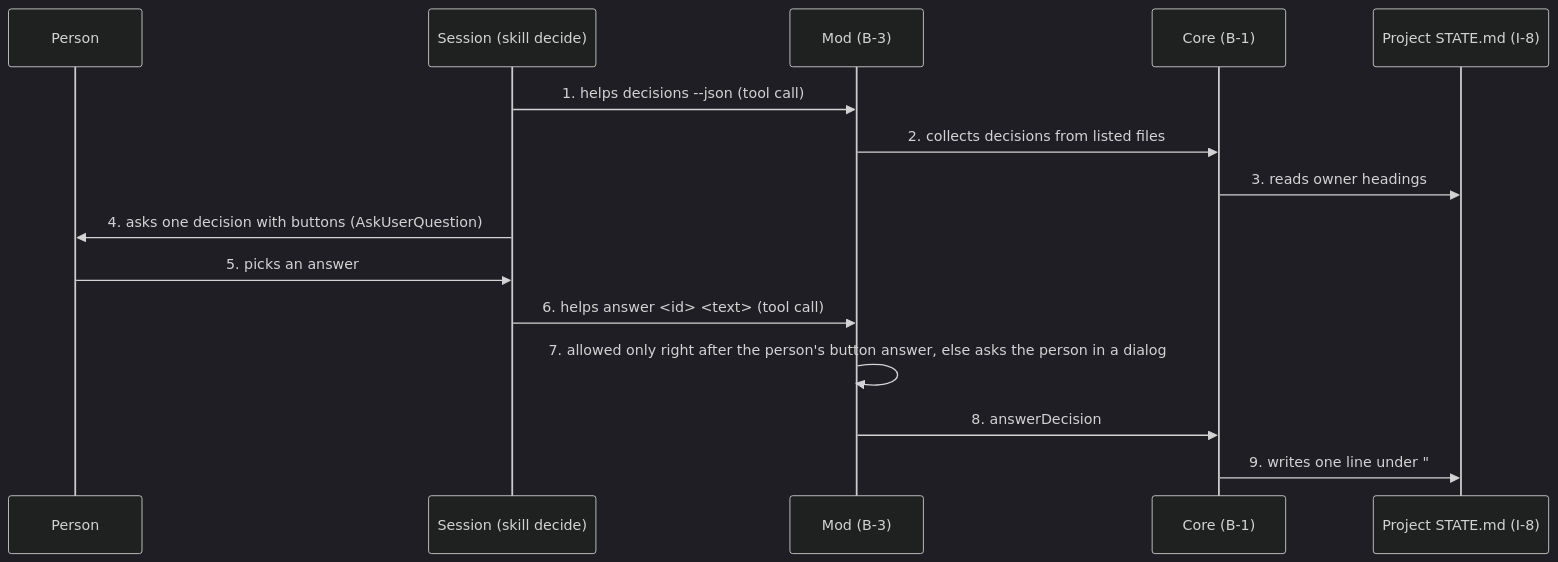
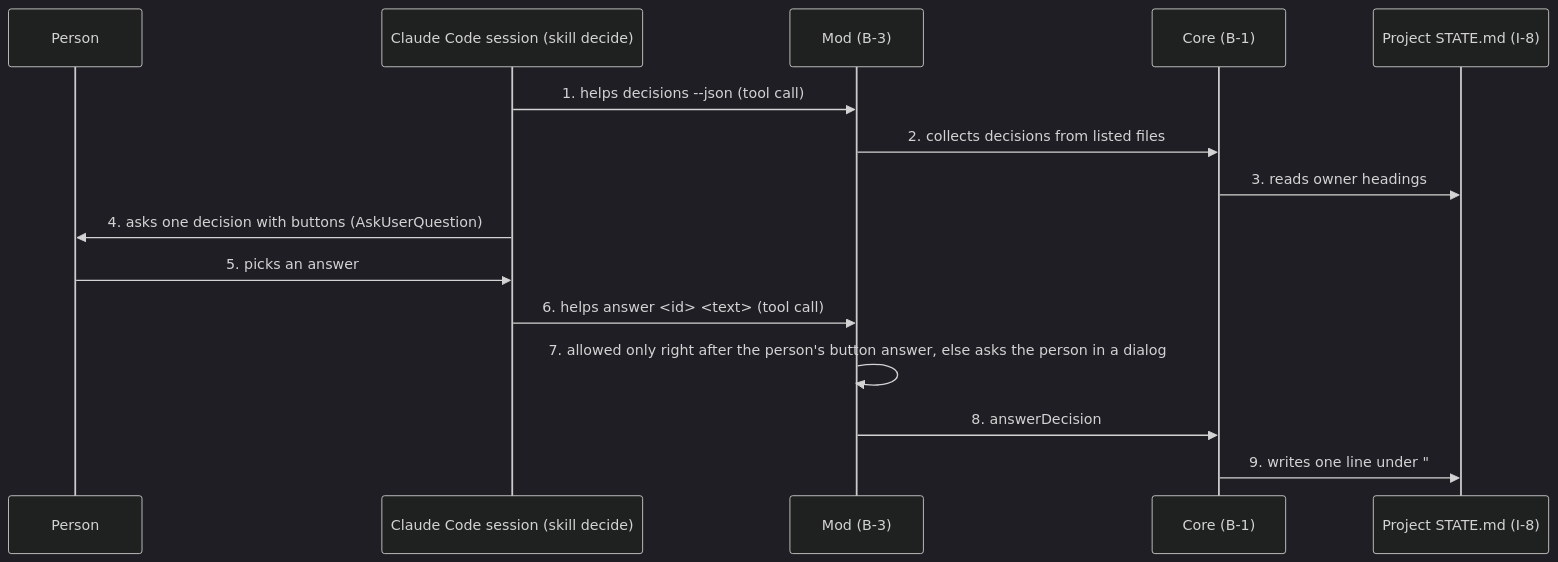
One commit to uaskpro/helps changed the fourth of 6 diagrams in project/BLUEPRINT.md. Above: the diagram before and after it, drawn with Mermaid (dark theme). The commit also changed other lines of this file and 23 other files, not shown here.

````diff
--- a/project/BLUEPRINT.md
+++ b/project/BLUEPRINT.md
@@ -191,17 +191,17 @@
 ```mermaid
 sequenceDiagram
   participant P as Person
-  participant Ses as Session (skill decide)
+  participant Ses as Claude Code session (skill decide)
   participant M as Mod (B-3)
   participant C as Core (B-1)
   participant F as Project STATE.md (I-8)
   Ses->>M: 1. helps decisions --json (tool call)
   M->>C: 2. collects decisions from listed files
   C->>F: 3. reads owner headings
   Ses->>P: 4. asks one decision with buttons (AskUserQuestion)
   P->>Ses: 5. picks an answer
   Ses->>M: 6. helps answer <id> <text> (tool call)
   M->>M: 7. allowed only right after the person's button answer, else asks the person in a dialog
   M->>C: 8. answerDecision
   C->>F: 9. writes one line under "## Owner answers (helps)"
 ```
````
